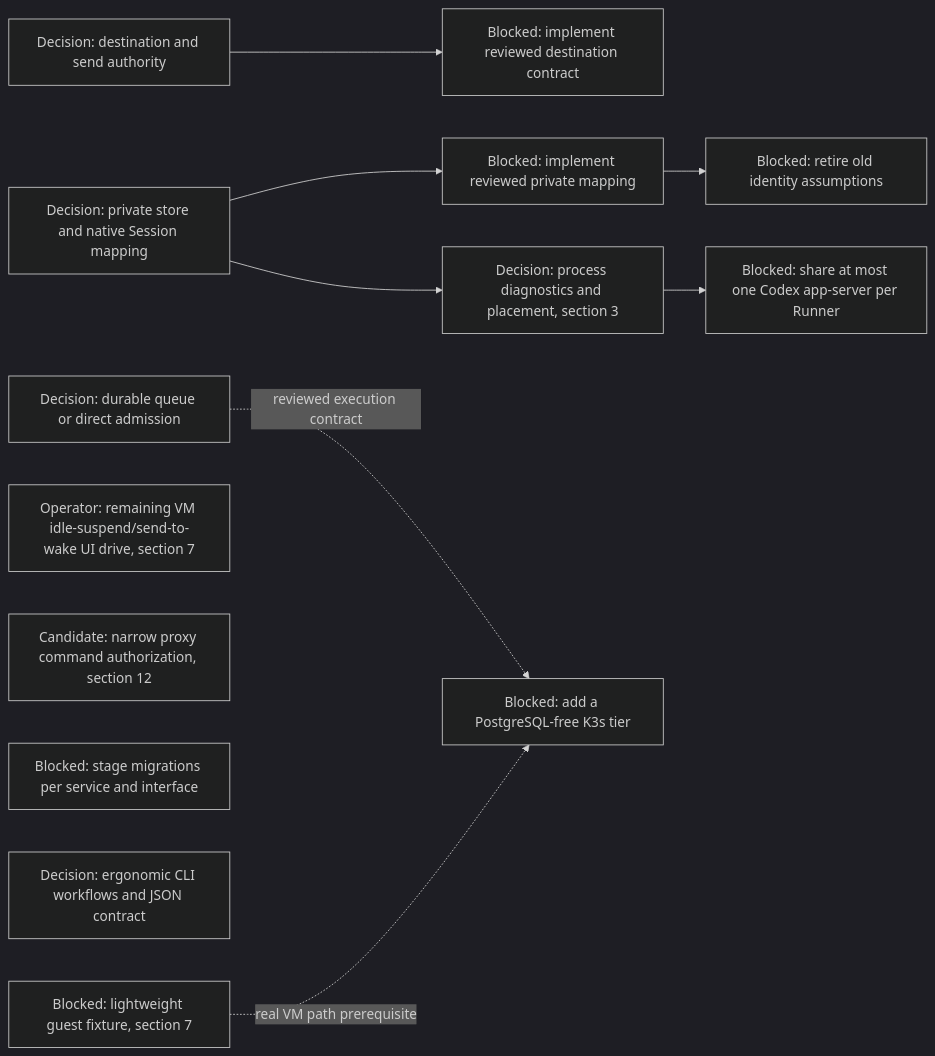
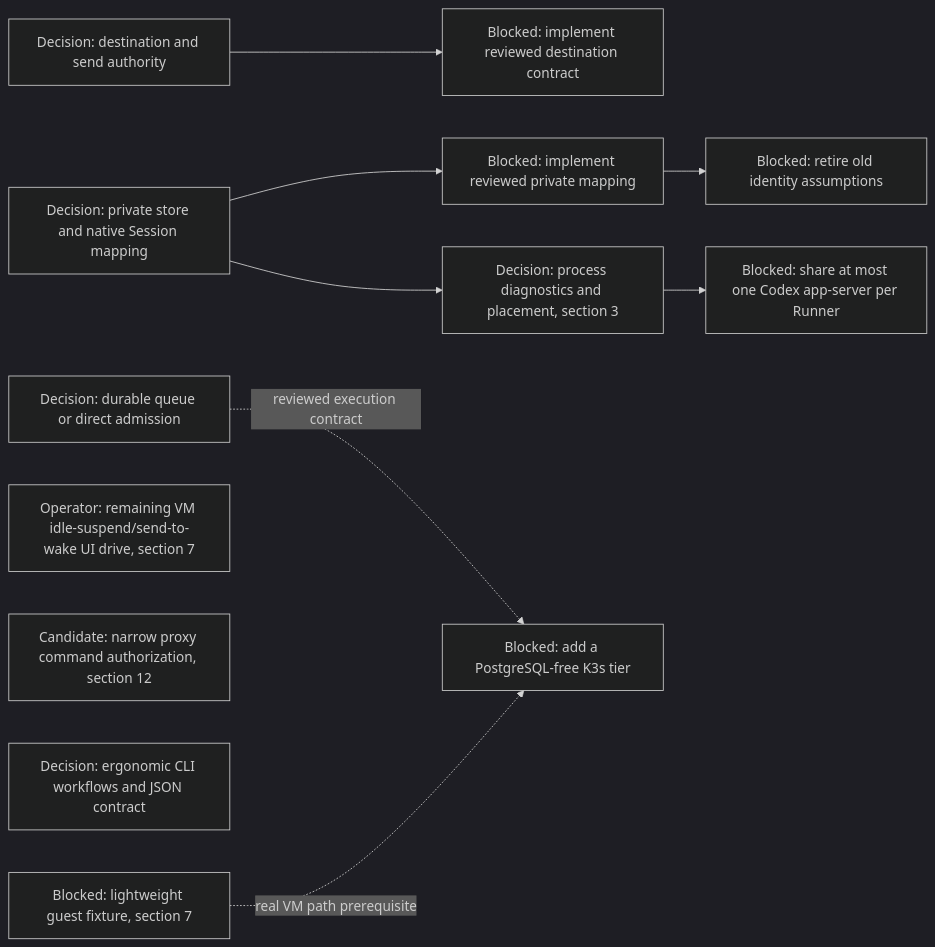
Diagram 16 of 17 in agentplane/plans/task_dag.md (agentydragon-agent/ducktape), drawn with Mermaid (dark theme) before and after one commit. The commit also changed other lines of this file and 2 other files, not shown here.

````diff
--- a/agentplane/plans/task_dag.md
+++ b/agentplane/plans/task_dag.md
@@ -1758,23 +1771,22 @@
 ```mermaid
 flowchart LR
     DISPATCHER_PERSISTENCE_MODEL_DESIGN[Decision: durable queue or direct admission]
     DELIVERY_DESTINATION_AUTHORITY_DESIGN[Decision: destination and send authority]
     DELIVERY_DESTINATION_CONTRACT[Blocked: implement reviewed destination contract]
     HARNESS_IDENTITY_DESIGN[Decision: private store and native Session mapping]
     RUNNER_STORE_SESSION_IDENTITY[Blocked: implement reviewed private mapping]
     RUNNER_IDENTITY_LEGACY_CLEANUP[Blocked: retire old identity assumptions]
     IDLE_SUSPEND_UI_DRIVE[Operator: remaining VM idle-suspend/send-to-wake UI drive, section 7]
     PROXY_START_METHODS_DISPATCHER_ONLY[Candidate: narrow proxy command authorization, section 12]
     RUNNER_HARNESS_OBJECTS_DESIGN[Decision: process diagnostics and placement, section 3]
-    SERVICE_API_TRANSPORT_MIGRATIONS[Blocked: stage migrations per service and interface]
     AGENT_API_TOOLING_DESIGN[Decision: ergonomic CLI workflows and JSON contract]
     CNPG_FREE_K3S_INTEGRATION_TIER[Blocked: add a PostgreSQL-free K3s tier]
     K3S_VM_IMAGE[Blocked: lightweight guest fixture, section 7]
     DELIVERY_DESTINATION_AUTHORITY_DESIGN --> DELIVERY_DESTINATION_CONTRACT
     RUNNER_STORE_SESSION_IDENTITY --> RUNNER_IDENTITY_LEGACY_CLEANUP
     HARNESS_IDENTITY_DESIGN --> RUNNER_STORE_SESSION_IDENTITY
     HARNESS_IDENTITY_DESIGN --> RUNNER_HARNESS_OBJECTS_DESIGN
     RUNNER_HARNESS_OBJECTS_DESIGN --> RUNNER_CODEX_SHARED_PROCESS[Blocked: share at most one Codex app-server per Runner]
     DISPATCHER_PERSISTENCE_MODEL_DESIGN -. reviewed execution contract .-> CNPG_FREE_K3S_INTEGRATION_TIER
     K3S_VM_IMAGE -. real VM path prerequisite .-> CNPG_FREE_K3S_INTEGRATION_TIER
 ```
````
